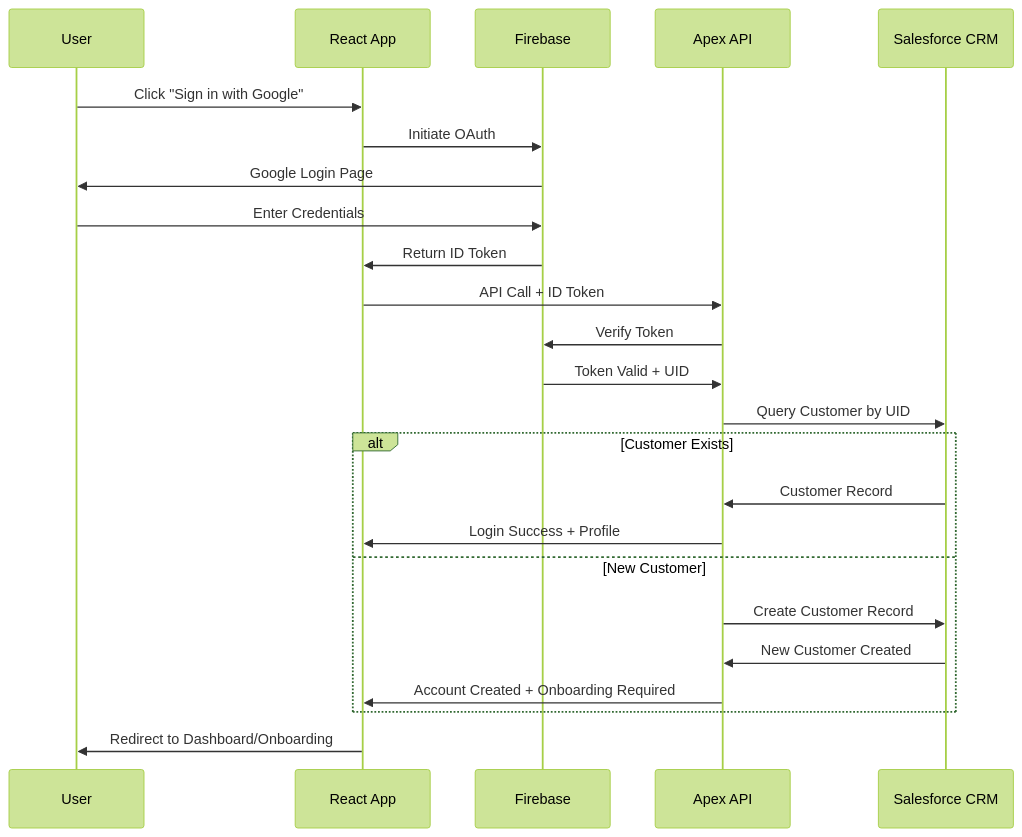
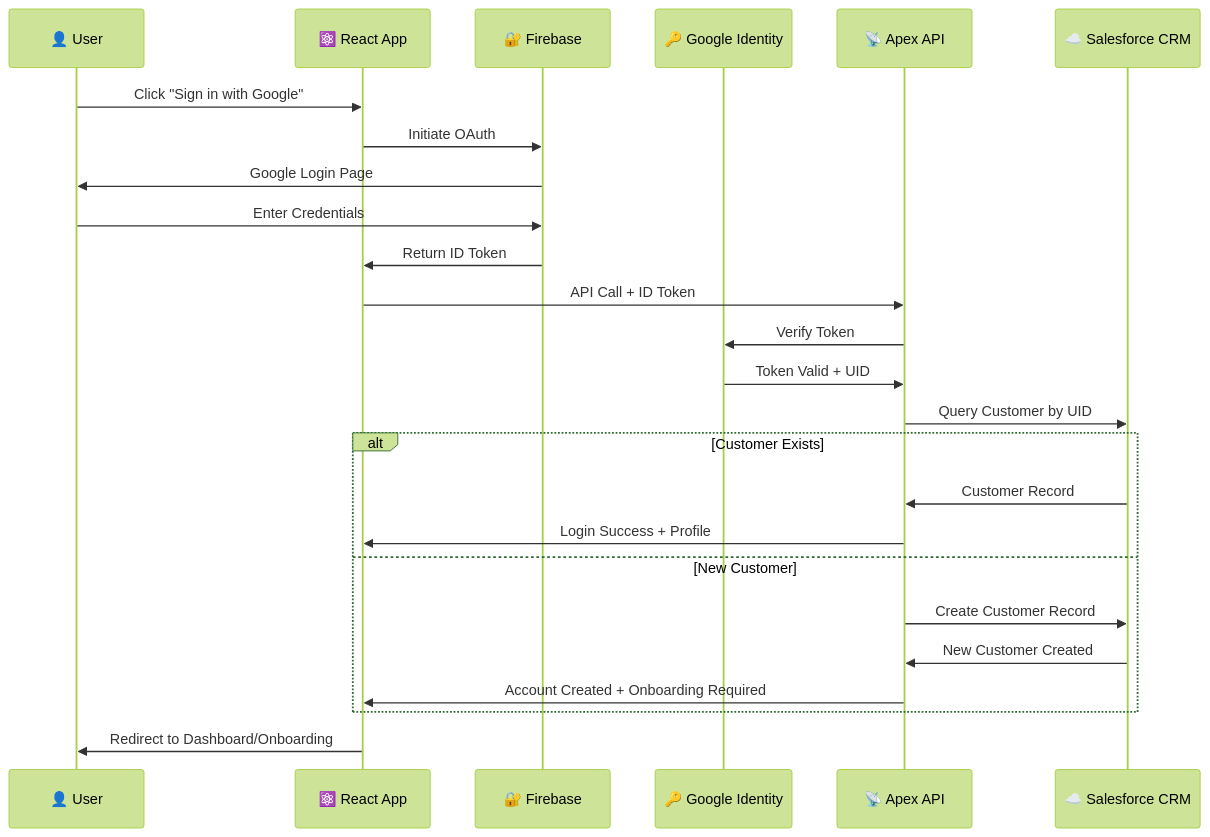
One commit to Varunshiyam/QUICK-PLATE-CRM changed the second of 3 diagrams in readme.md. Above: the diagram before and after it, drawn with Mermaid (forest theme). The commit also changed other lines of this file, not shown here.

Commit message:
docs: premium README redesign with modular sections, Salesforce architecture, and animated contributors showcase

````diff
--- a/readme.md
+++ b/readme.md
@@ -349,29 +659,30 @@
 ```mermaid
 sequenceDiagram
-    participant U as User
-    participant R as React App
-    participant F as Firebase
-    participant A as Apex API
-    participant S as Salesforce CRM
+    participant U as 👤 User
+    participant R as ⚛️ React App
+    participant F as 🔐 Firebase
+    participant G as 🔑 Google Identity
+    participant A as 📡 Apex API
+    participant S as ☁️ Salesforce CRM
 
     U->>R: Click "Sign in with Google"
     R->>F: Initiate OAuth
     F->>U: Google Login Page
     U->>F: Enter Credentials
     F->>R: Return ID Token
     R->>A: API Call + ID Token
-    A->>F: Verify Token
-    F->>A: Token Valid + UID
+    A->>G: Verify Token
+    G->>A: Token Valid + UID
     A->>S: Query Customer by UID
     
     alt Customer Exists
         S->>A: Customer Record
         A->>R: Login Success + Profile
     else New Customer
         A->>S: Create Customer Record
         S->>A: New Customer Created
         A->>R: Account Created + Onboarding Required
     end
     
     R->>U: Redirect to Dashboard/Onboarding
 ```
````
